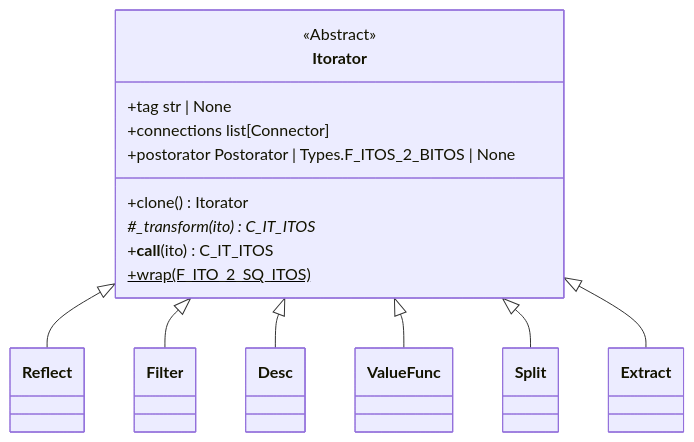
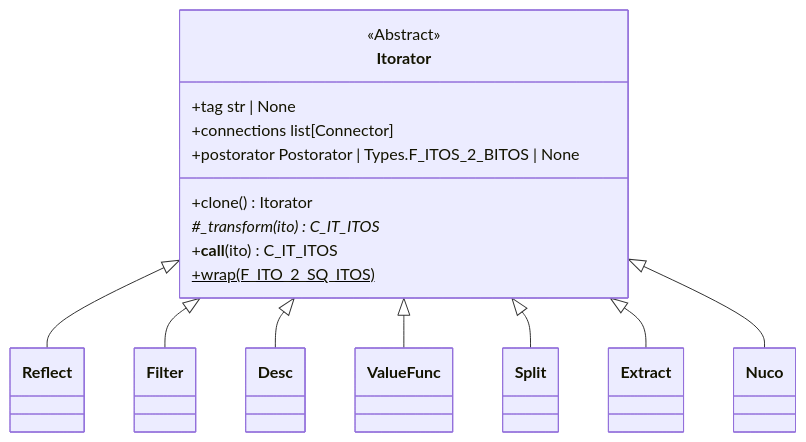
One commit to rlayers/pawpaw changed the third of 13 diagrams in docs/4. Arborform.md. Above: the diagram before and after it, drawn with Mermaid. The commit also changed other lines of this file and 3 other files, not shown here.

````diff
--- a/docs/4. Arborform.md
+++ b/docs/4. Arborform.md
@@ -158,20 +158,21 @@
 ```mermaid
 classDiagram
   class Itorator{
       <<Abstract>>
       +tag str | None
       +connections list[Connector]
       +postorator Postorator | Types.F_ITOS_2_BITOS | None
       +clone() Itorator
       #_transform(ito)* C_IT_ITOS
       +__call__(ito) C_IT_ITOS
       +wrap(F_ITO_2_SQ_ITOS)$
   }
   
   Itorator <|-- Reflect
   Itorator <|-- Filter
   Itorator <|-- Desc
   Itorator <|-- ValueFunc
   Itorator <|-- Split
   Itorator <|-- Extract
+  Itorator <|-- Nuco
 ```
````
